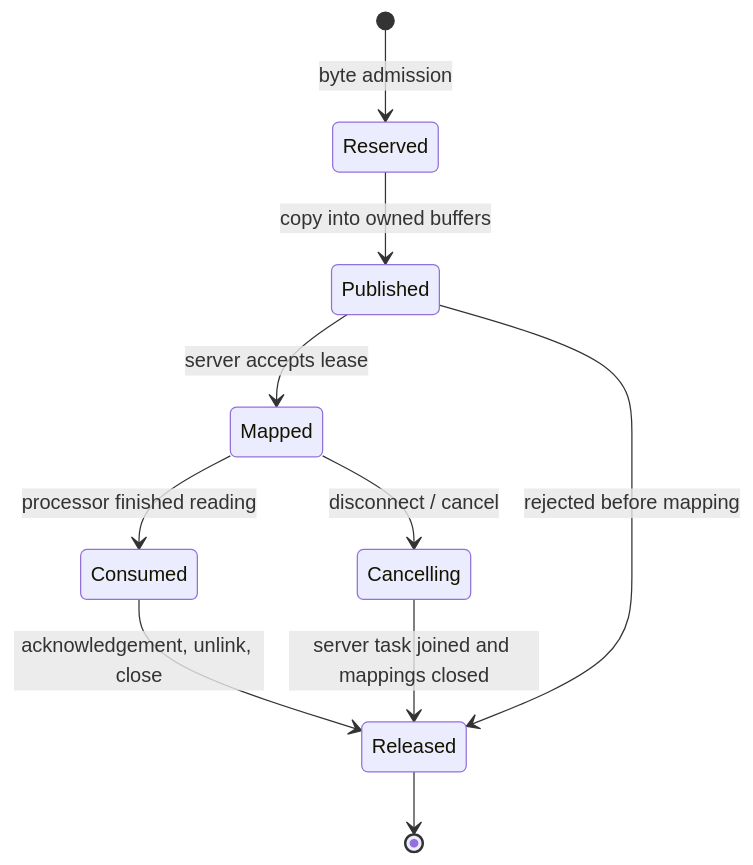
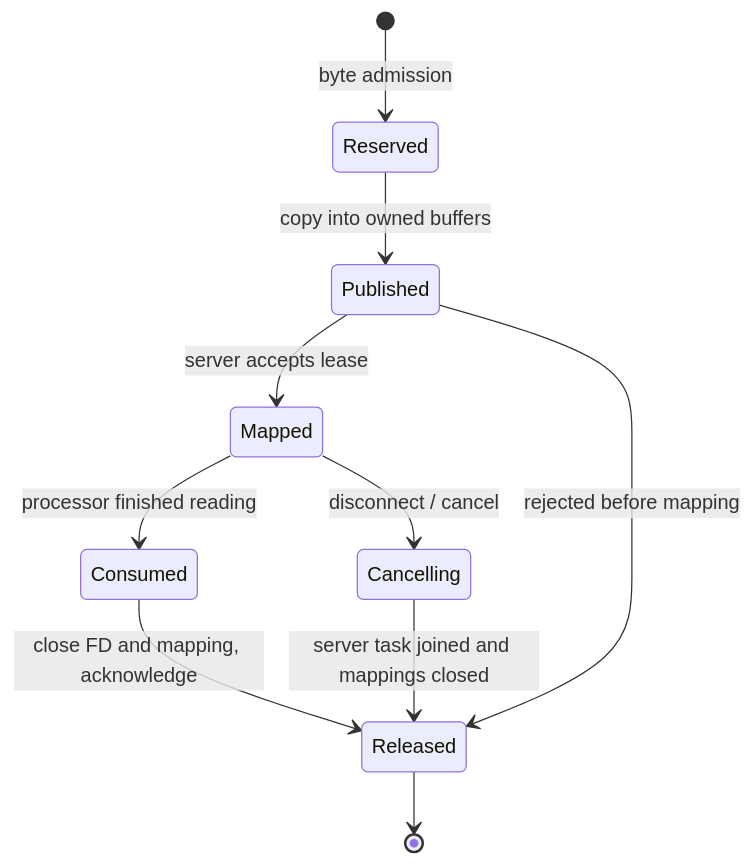
Before and after one commit to AstroVela/vane: the eighth of 8 diagrams in EMBEDDING_DESIGN.md, drawn with Mermaid. The commit also changed other lines of this file and 9 other files, not shown here.

````diff
--- a/EMBEDDING_DESIGN.md
+++ b/EMBEDDING_DESIGN.md
@@ -419,12 +419,12 @@
 ```mermaid
 stateDiagram-v2
     [*] --> Reserved: byte admission
     Reserved --> Published: copy into owned buffers
     Published --> Mapped: server accepts lease
     Mapped --> Consumed: processor finished reading
-    Consumed --> Released: acknowledgement, unlink, close
+    Consumed --> Released: close FD and mapping, acknowledge
     Published --> Released: rejected before mapping
     Mapped --> Cancelling: disconnect / cancel
     Cancelling --> Released: server task joined and mappings closed
     Released --> [*]
 ```
````
